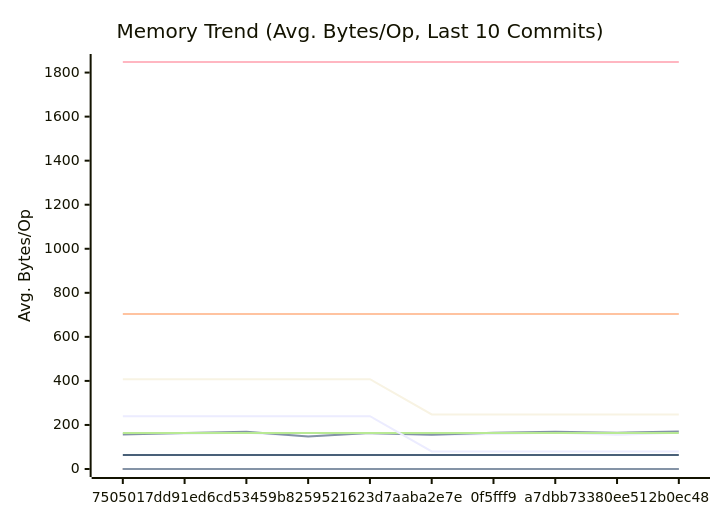
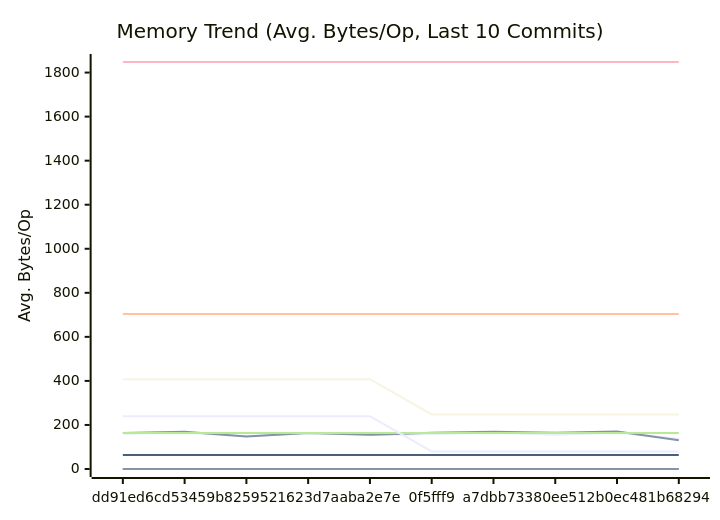
Before and after one commit to alsotoes/momo: the second of 3 diagrams in docs/PERFORMANCE.md, drawn with Mermaid. The commit also changed other lines of this file and 2 other files, not shown here.

````diff
--- a/docs/PERFORMANCE.md
+++ b/docs/PERFORMANCE.md
@@ -171,20 +171,20 @@
 ```mermaid
 xychart-beta
     title "Memory Trend (Avg. Bytes/Op, Last 10 Commits)"
     x-axis "Commit"
     y-axis "Avg. Bytes/Op"
-    x-axis [7505017,dd91ed6,cd53459,b825952,1623d7a,aba2e7e,0f5fff9,a7dbb73,380ee51,2b0ec48]
-    line "AWSChunkedReaderSigned" [159,160,165,149,163,154,159,165,155,165]
-    line "AWSChunkedReaderUnsigned" [157,164,169,148,163,155,165,169,165,170]
+    x-axis [dd91ed6,cd53459,b825952,1623d7a,aba2e7e,0f5fff9,a7dbb73,380ee51,2b0ec48,1b68294]
+    line "AWSChunkedReaderSigned" [160,165,149,163,154,159,165,155,165,136]
+    line "AWSChunkedReaderUnsigned" [164,169,148,163,155,165,169,165,170,131]
     line "CheckMetricsAndSwap" [0,0,0,0,0,0,0,0,0,0]
     line "CrushOptimized" [0,0,0,0,0,0,0,0,0,0]
     line "CrushOriginal" [164,164,164,164,164,164,164,164,164,164]
     line "IndexDirectTracking" [0,0,0,0,0,0,0,0,0,0]
     line "IndexSearch" [0,0,0,0,0,0,0,0,0,0]
     line "LoadGlobalConfig" [1848,1848,1848,1848,1848,1848,1848,1848,1848,1848]
     line "PadString" [64,64,64,64,64,64,64,64,64,64]
     line "ParseReplicationOrder_NoPrealloc" [408,408,408,408,408,248,248,248,248,248]
     line "ParseReplicationOrder_Prealloc" [240,240,240,240,240,80,80,80,80,80]
     line "SanitizeLog/Safe" [0,0,0,0,0,0,0,0,0,0]
     line "SanitizeLog/Unsafe" [704,704,704,704,704,704,704,704,704,704]
 ```
````
